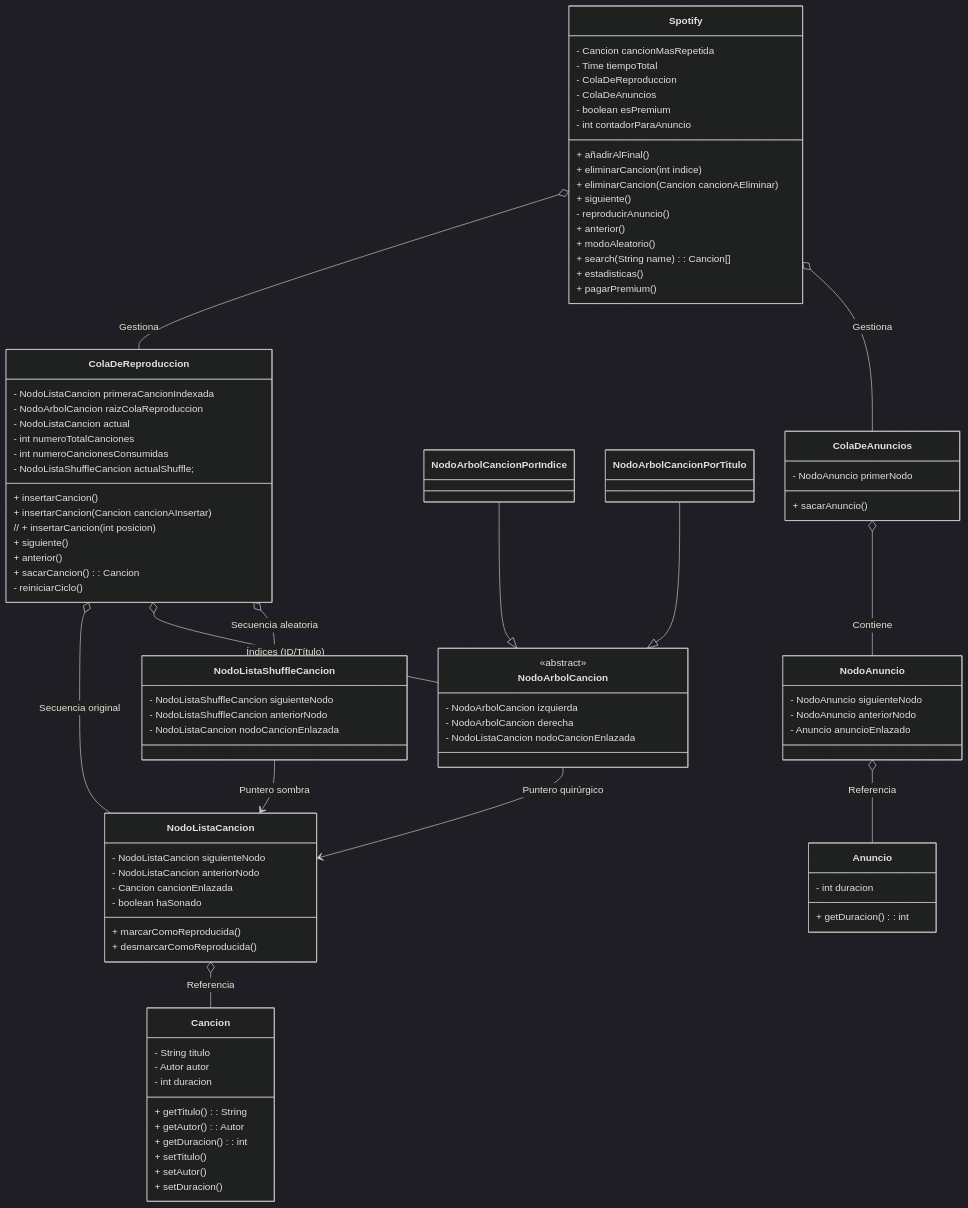
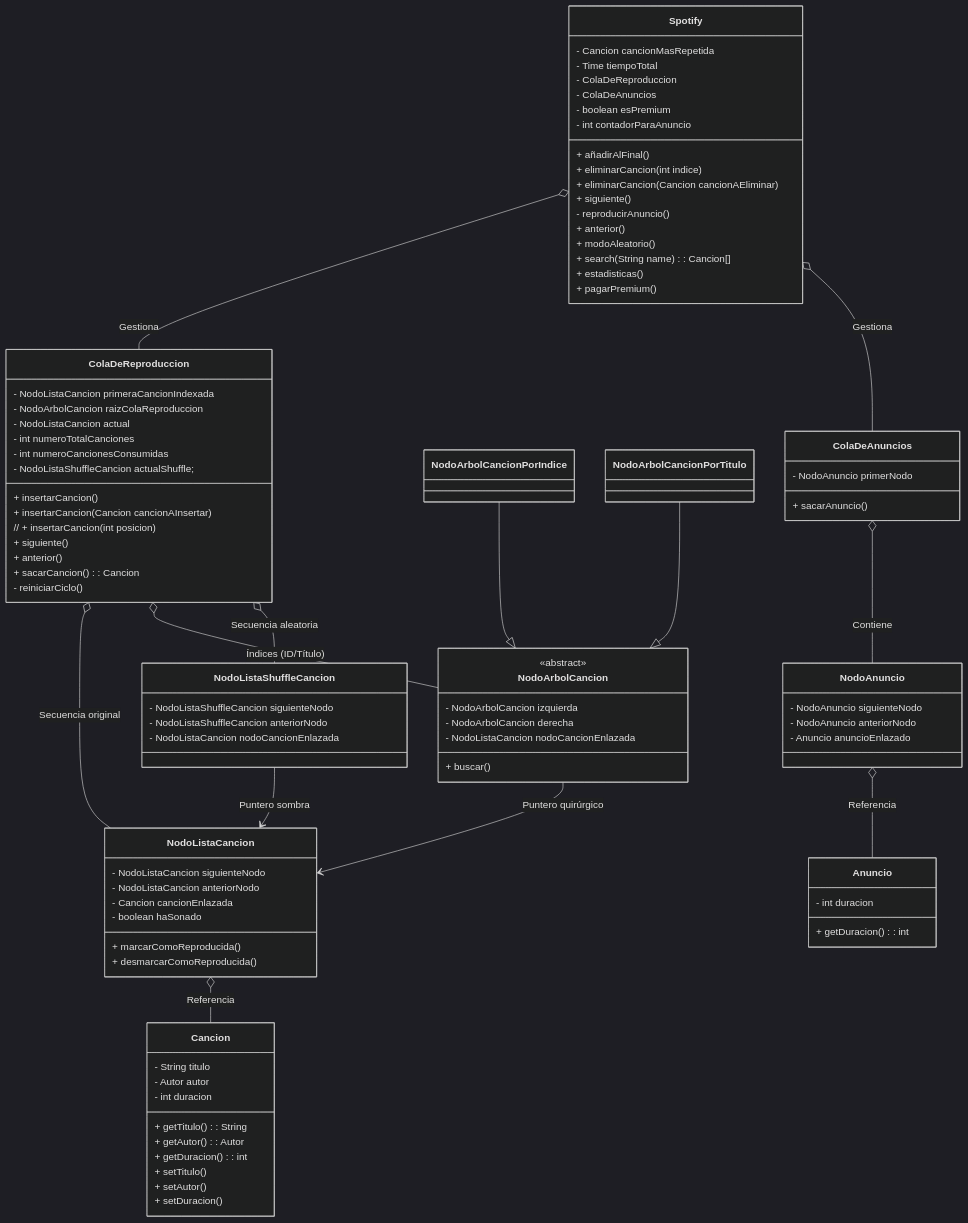
One commit to mmasias/25-26-EDA1 changed the diagram in entregas/lianoJavier/documentos/README.md. Above: the diagram before and after it, drawn with Mermaid (dark theme).

```diff
--- a/entregas/lianoJavier/documentos/README.md
+++ b/entregas/lianoJavier/documentos/README.md
@@ -76,6 +76,7 @@
                 - NodoArbolCancion derecha
 
                 - NodoListaCancion nodoCancionEnlazada
+                  + buscar()
         }
 
         class ColaDeReproduccion {
```
